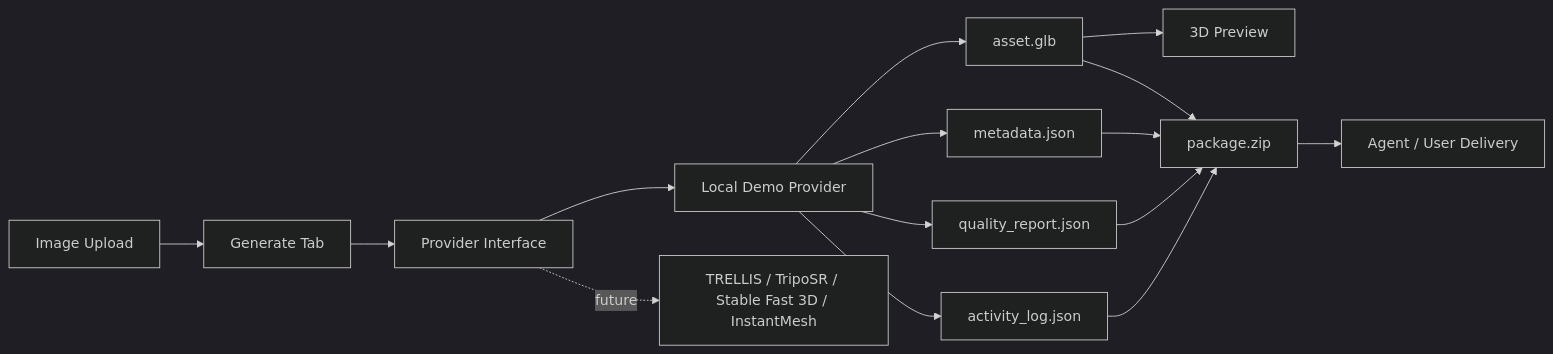
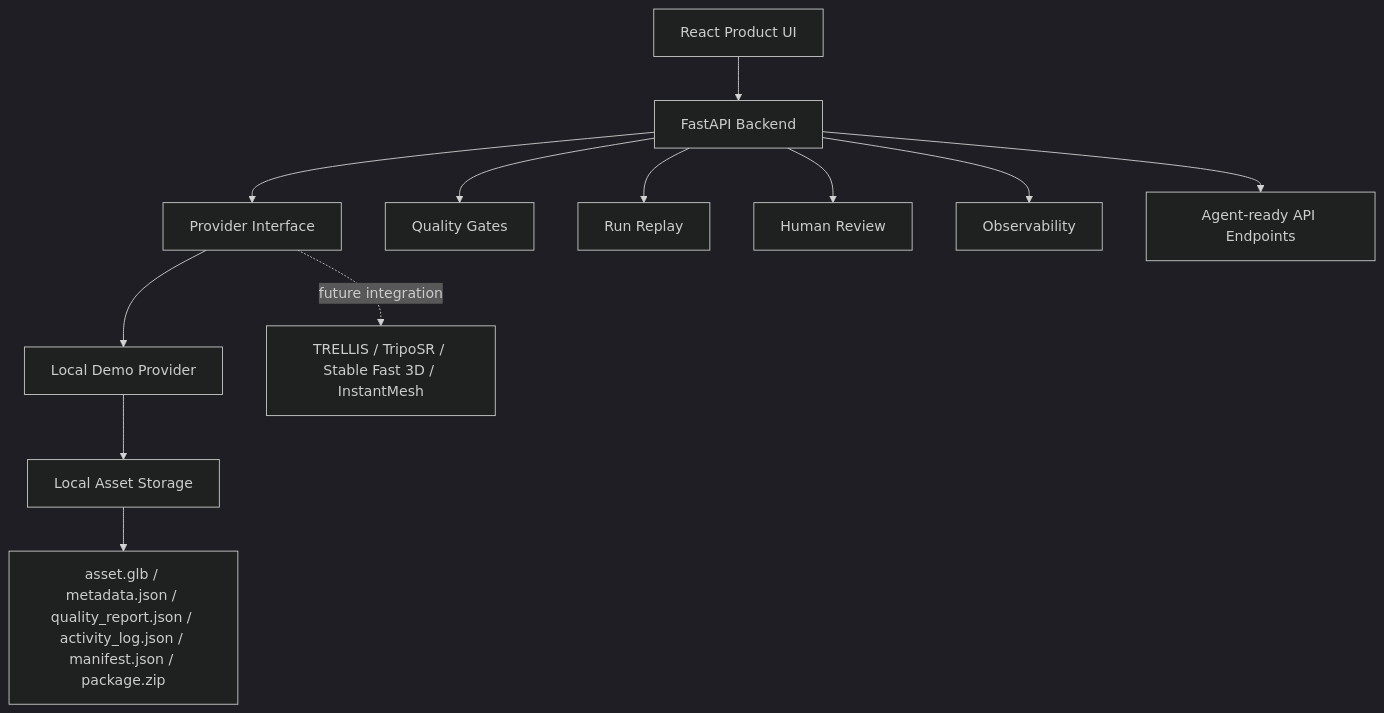
Before and after one commit to danieloza/agentic-3d-asset-studio: the diagram in README.md, drawn with Mermaid (dark theme). The commit also changed other lines of this file and 13 other files, not shown here.

````diff
--- a/README.md
+++ b/README.md
@@ -54,17 +79,14 @@
 ```mermaid
-flowchart LR
-    A["Image Upload"] --> B["Generate Tab"]
-    B --> C["Provider Interface"]
-    C --> D["Local Demo Provider"]
-    C -. future .-> E["TRELLIS / TripoSR / Stable Fast 3D / InstantMesh"]
-    D --> F["asset.glb"]
-    D --> G["metadata.json"]
-    D --> H["quality_report.json"]
-    D --> I["activity_log.json"]
-    F --> J["3D Preview"]
-    F --> K["package.zip"]
-    G --> K
-    H --> K
-    I --> K
-    K --> L["Agent / User Delivery"]
+flowchart TD
+    UI["React Product UI"] --> API["FastAPI Backend"]
+    API --> Provider["Provider Interface"]
+    Provider --> Local["Local Demo Provider"]
+    Provider -. "future integration" .-> Real["TRELLIS / TripoSR / Stable Fast 3D / InstantMesh"]
+    Local --> Storage["Local Asset Storage"]
+    Storage --> Files["asset.glb / metadata.json / quality_report.json / activity_log.json / manifest.json / package.zip"]
+    API --> Gates["Quality Gates"]
+    API --> Replay["Run Replay"]
+    API --> Review["Human Review"]
+    API --> Obs["Observability"]
+    API --> Agents["Agent-ready API Endpoints"]
 ```
````
